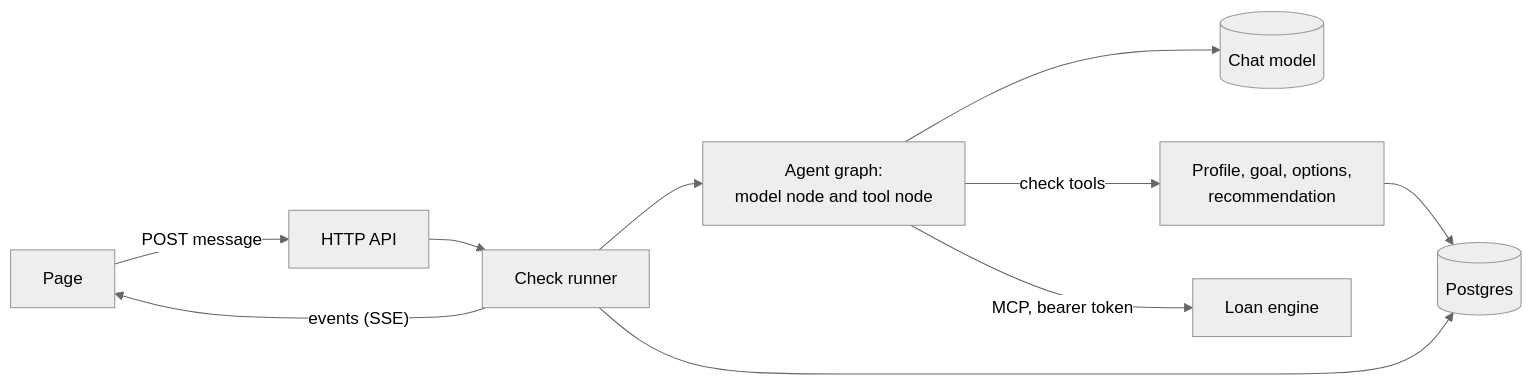
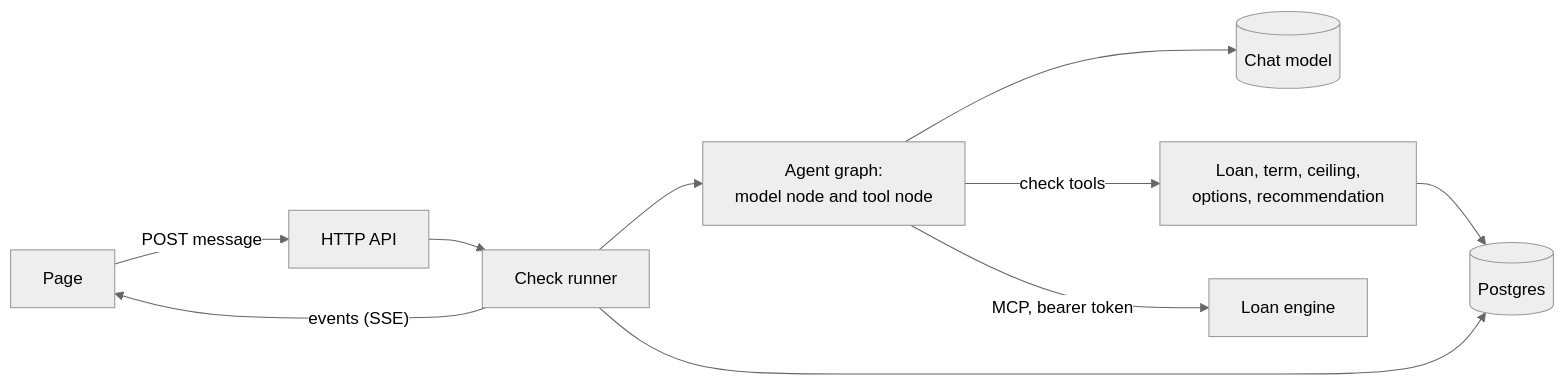
The diagram in docs/architecture/agent.md (erancha/loan-simulator), drawn with Mermaid (neutral theme) before and after one commit. The commit also changed other lines of this file and 122 other files, not shown here.

````diff
--- a/docs/architecture/agent.md
+++ b/docs/architecture/agent.md
@@ -12,12 +12,12 @@
 ```mermaid
 flowchart LR
   P[Page] -->|"POST message"| API[HTTP API]
   API --> R[Check runner]
   R --> G["Agent graph:<br/>model node and tool node"]
   G --> M[(Chat model)]
-  G -->|check tools| T["Profile, goal, options,<br/>recommendation"]
+  G -->|check tools| T["Loan, term, ceiling,<br/>options, recommendation"]
   G -->|"MCP, bearer token"| E[Loan engine]
   T --> DB[(Postgres)]
   R --> DB
   R -->|"events (SSE)"| P
 ```
````
